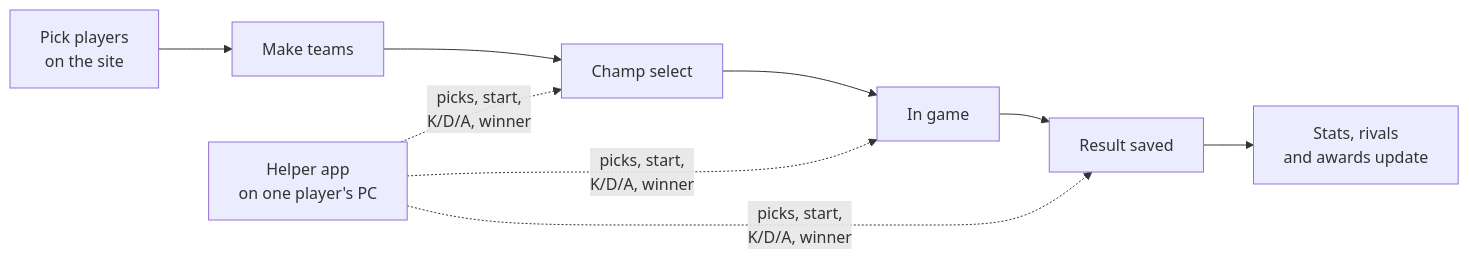
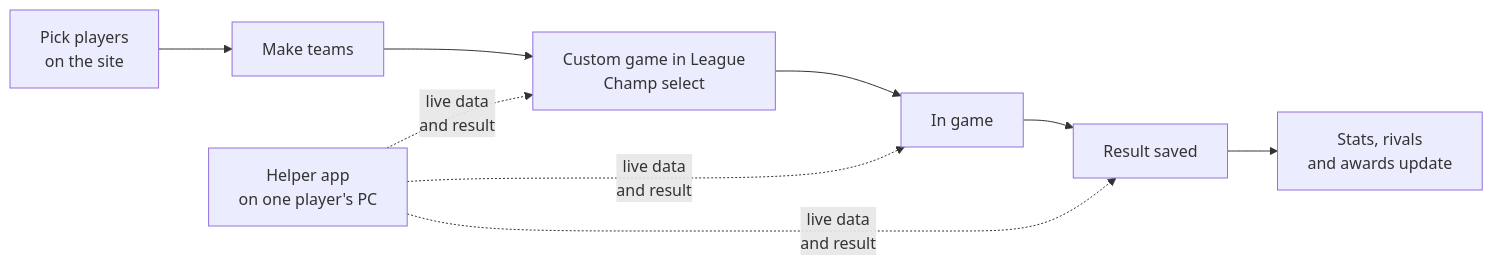
Before and after one commit to kasakuma99/bridge-night-: the diagram in README.md, drawn with Mermaid. The commit also changed other lines of this file and 10 other files, not shown here.

````diff
--- a/README.md
+++ b/README.md
@@ -53,9 +52,9 @@
 ```mermaid
 flowchart LR
   A[Pick players<br/>on the site] --> B[Make teams]
-  B --> C[Champ select]
+  B --> C[Custom game in League<br/>Champ select]
   C --> D[In game]
   D --> E[Result saved]
   E --> F[Stats, rivals<br/>and awards update]
-  H[Helper app<br/>on one player's PC] -. picks, start,<br/>K/D/A, winner .-> C & D & E
+  H[Helper app<br/>on one player's PC] -. live data<br/>and result .-> C & D & E
 ```
````
